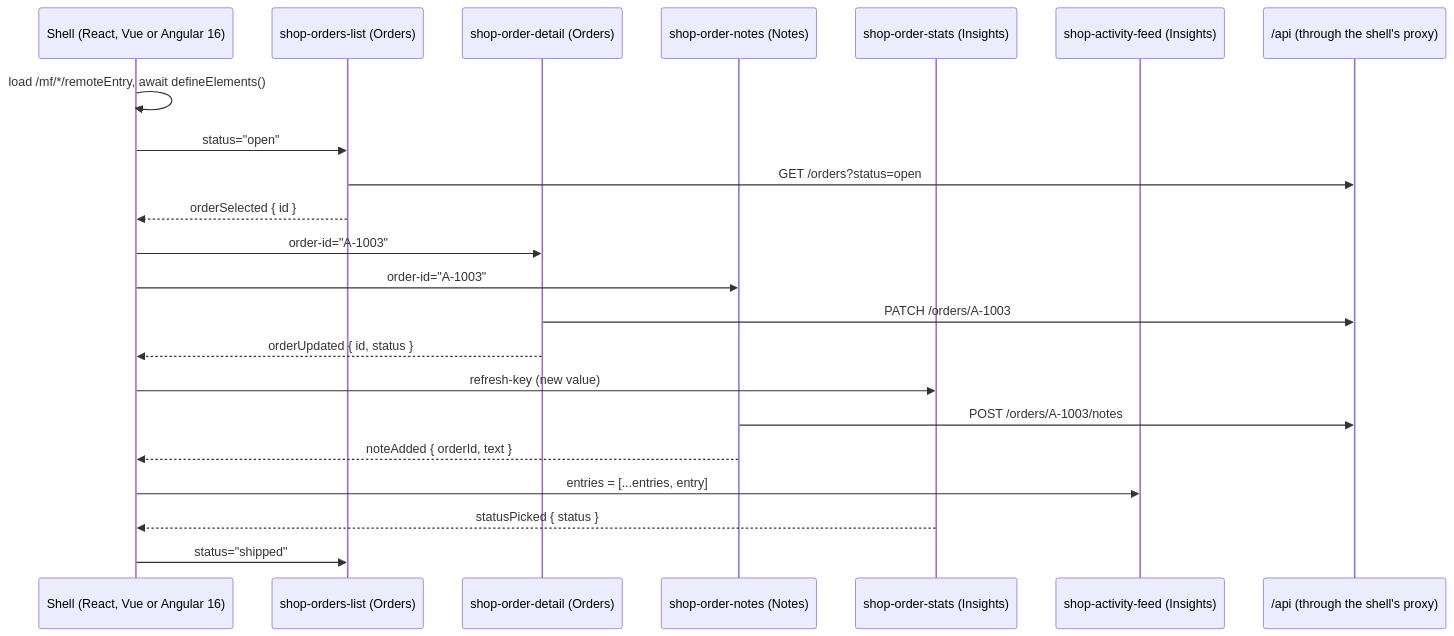
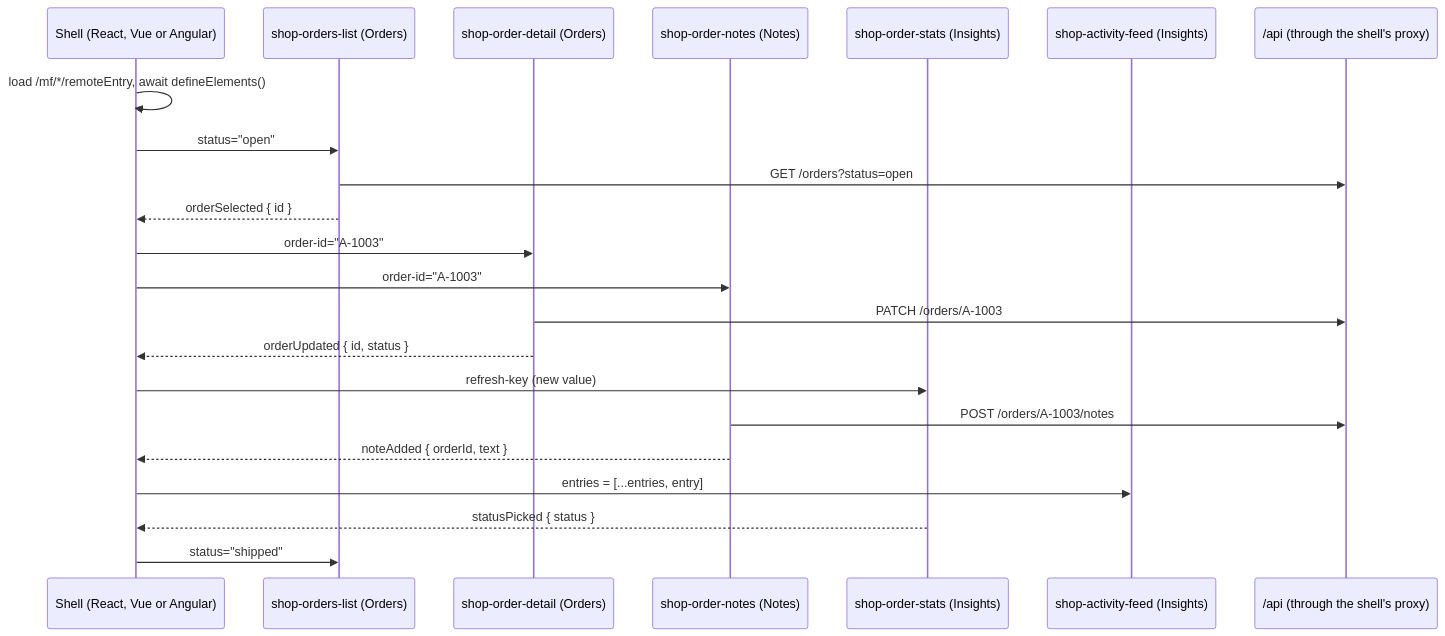
One commit to IliasEfth/Web-Components changed the second of 2 diagrams in README.md. Above: the diagram before and after it, drawn with Mermaid. The commit also changed other lines of this file and 57 other files, not shown here.

First line of the commit message:
refactor: Angular shell on Angular 20, renamed backoffice-angular

````diff
--- a/README.md
+++ b/README.md
@@ -121,25 +121,25 @@
 ```mermaid
 sequenceDiagram
-  participant Shell as Shell (React, Vue or Angular 16)
+  participant Shell as Shell (React, Vue or Angular)
   participant List as shop-orders-list (Orders)
   participant Detail as shop-order-detail (Orders)
   participant Notes as shop-order-notes (Notes)
   participant Stats as shop-order-stats (Insights)
   participant Feed as shop-activity-feed (Insights)
   participant API as /api (through the shell's proxy)
 
   Shell->>Shell: load /mf/*/remoteEntry, await defineElements()
   Shell->>List: status="open"
   List->>API: GET /orders?status=open
   List-->>Shell: orderSelected { id }
   Shell->>Detail: order-id="A-1003"
   Shell->>Notes: order-id="A-1003"
   Detail->>API: PATCH /orders/A-1003
   Detail-->>Shell: orderUpdated { id, status }
   Shell->>Stats: refresh-key (new value)
   Notes->>API: POST /orders/A-1003/notes
   Notes-->>Shell: noteAdded { orderId, text }
   Shell->>Feed: entries = [...entries, entry]
   Stats-->>Shell: statusPicked { status }
   Shell->>List: status="shipped"
 ```
````
